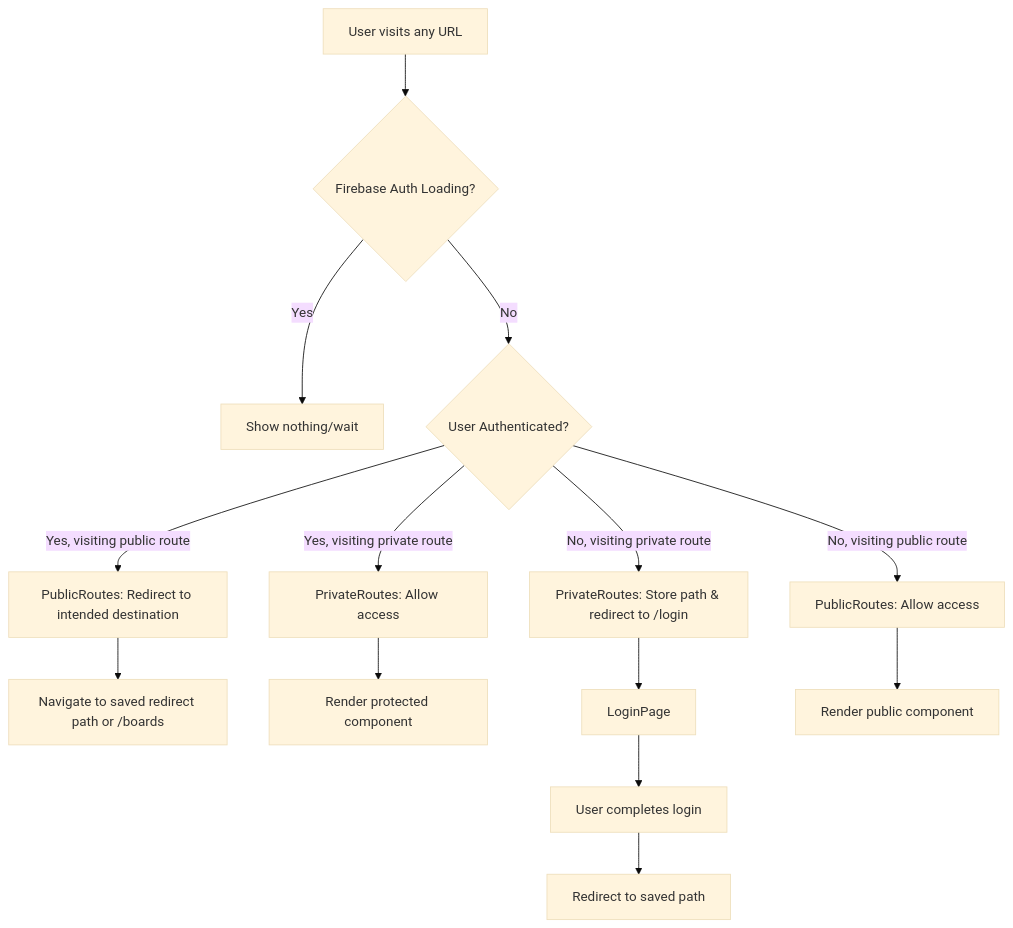
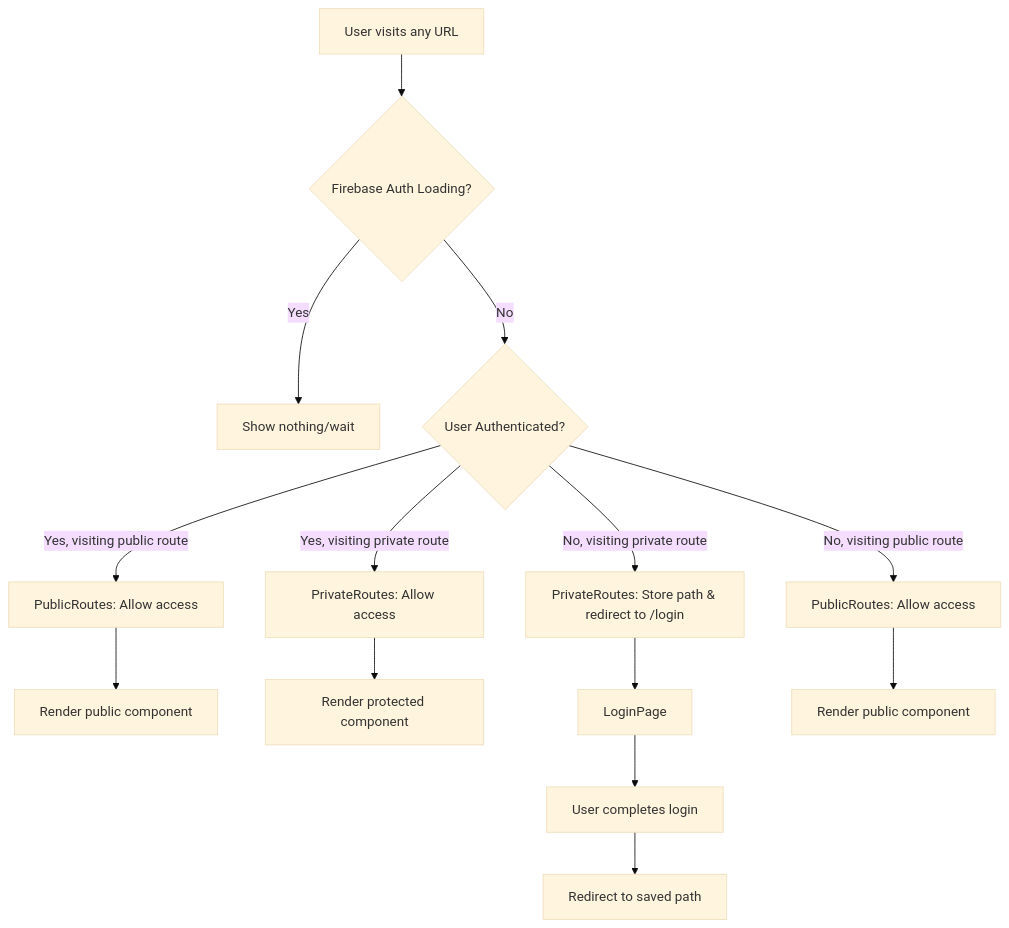
Before and after one commit to BumgeunSong/daily-writing-friends: the first of 3 diagrams in docs/AUTHENTICATION_ROUTING.md, drawn with Mermaid (base theme). The commit also changed other lines of this file, not shown here.

````diff
--- a/docs/AUTHENTICATION_ROUTING.md
+++ b/docs/AUTHENTICATION_ROUTING.md
@@ -11,19 +11,19 @@
 ```mermaid
 graph TD
     A[User visits any URL] --> B{Firebase Auth Loading?}
     B -->|Yes| C[Show nothing/wait]
     B -->|No| D{User Authenticated?}
     
-    D -->|Yes, visiting public route| E[PublicRoutes: Redirect to intended destination]
+    D -->|Yes, visiting public route| E[PublicRoutes: Allow access]
     D -->|Yes, visiting private route| F[PrivateRoutes: Allow access]
     D -->|No, visiting private route| G[PrivateRoutes: Store path & redirect to /login]
     D -->|No, visiting public route| H[PublicRoutes: Allow access]
     
-    E --> I[Navigate to saved redirect path or /boards]
+    E --> I[Render public component]
     F --> J[Render protected component]
     G --> K[LoginPage]
     H --> L[Render public component]
     
     K --> M[User completes login]
     M --> N[Redirect to saved path]
 ```
````
